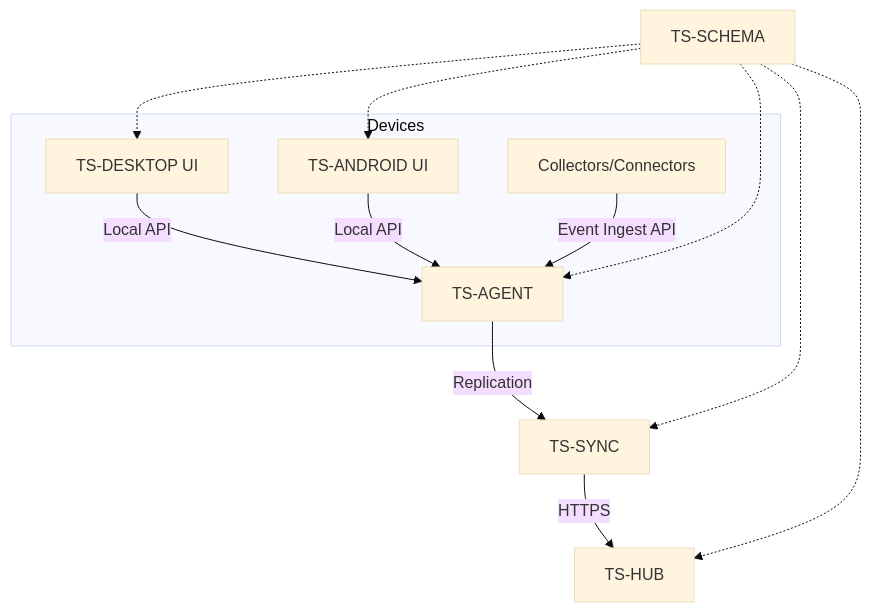
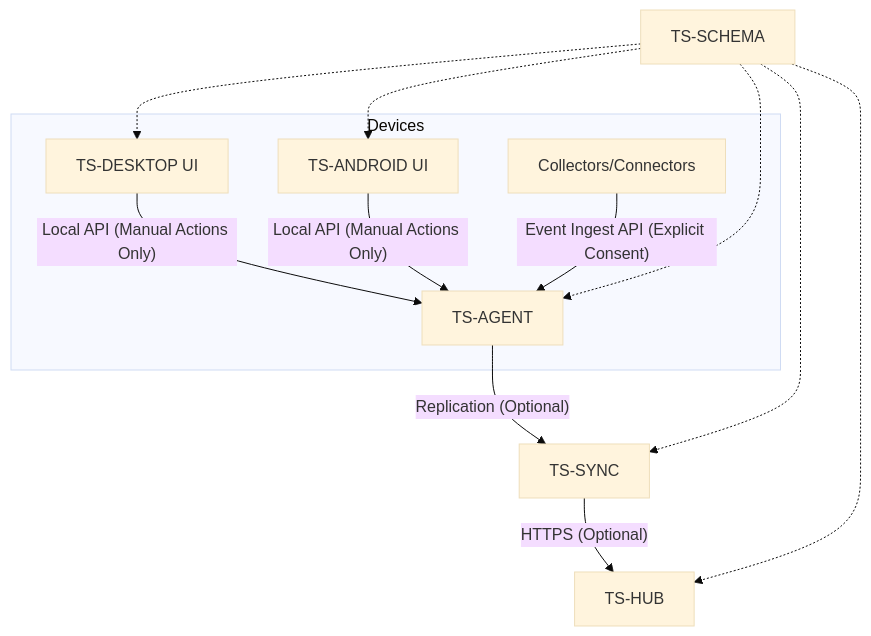
One commit to asukhodko/timeskein changed the second of 4 diagrams in .qoder/repowiki/en/content/Development Roadmap.md. Above: the diagram before and after it, drawn with Mermaid (base theme). The commit also changed other lines of this file and 8 other files, not shown here.

First line of the commit message:
docs(architecture): adopt manual-first philosophy as core architectural foundation

````diff
--- a/.qoder/repowiki/en/content/Development Roadmap.md
+++ b/.qoder/repowiki/en/content/Development Roadmap.md
@@ -91,22 +115,22 @@
 ```mermaid
 graph TB
 subgraph "Devices"
 D_UI["TS-DESKTOP UI"]
 A_UI["TS-ANDROID UI"]
 AG["TS-AGENT"]
 COL["Collectors/Connectors"]
 end
 HUB["TS-HUB"]
 SYNC["TS-SYNC"]
 SCHEMA["TS-SCHEMA"]
-D_UI --> |"Local API"| AG
-A_UI --> |"Local API"| AG
-COL --> |"Event Ingest API"| AG
-AG --> |"Replication"| SYNC
-SYNC --> |"HTTPS"| HUB
+D_UI --> |"Local API (Manual Actions Only)"| AG
+A_UI --> |"Local API (Manual Actions Only)"| AG
+COL --> |"Event Ingest API (Explicit Consent)"| AG
+AG --> |"Replication (Optional)"| SYNC
+SYNC --> |"HTTPS (Optional)"| HUB
 SCHEMA -.-> D_UI
 SCHEMA -.-> A_UI
 SCHEMA -.-> AG
 SCHEMA -.-> SYNC
 SCHEMA -.-> HUB
 ```
````
